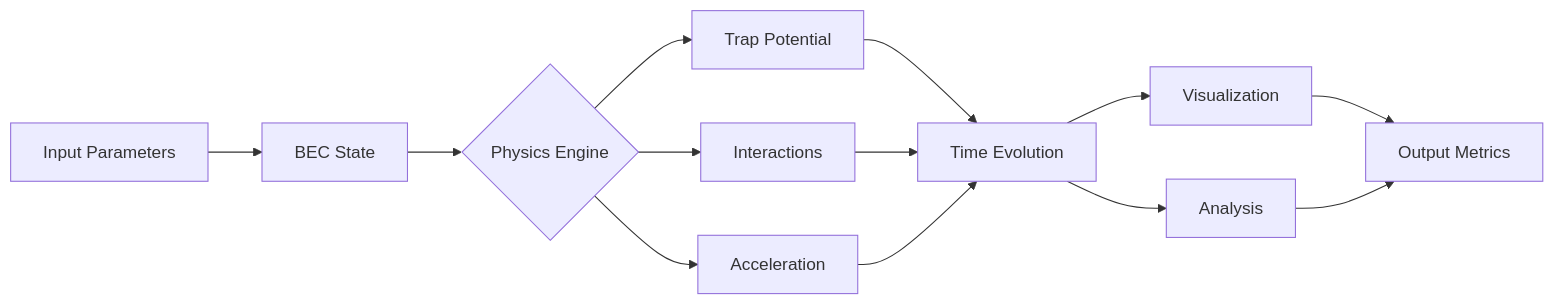
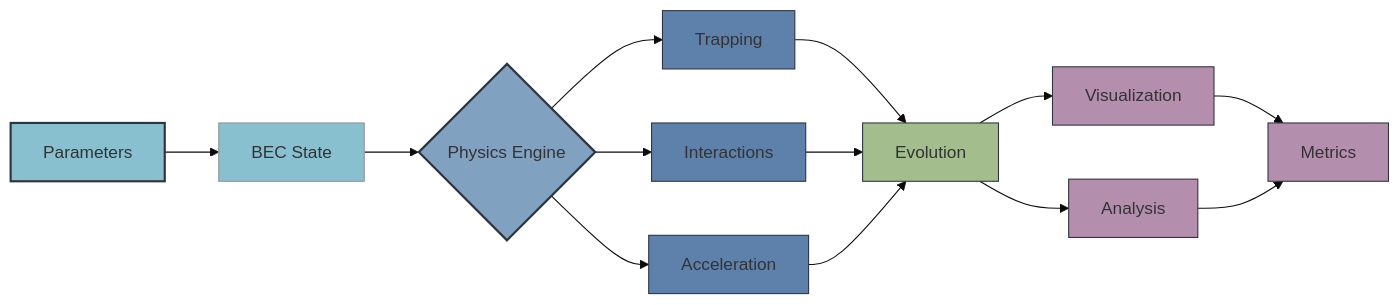
The second of 3 diagrams in README.md (lundeen06/inertial-bec), drawn with Mermaid before and after one commit. The commit also changed other lines of this file and 35 other files, not shown here.

````diff
--- a/README.md
+++ b/README.md
@@ -39,12 +95,19 @@
 ```mermaid
+%%{init: {'theme': 'base', 'themeVariables': { 'primaryColor': '#88C0D0', 'secondaryColor': '#81A1C1', 'tertiaryColor': '#A3BE8C'}}}%%
 flowchart LR
-    A[Input Parameters] --> B[BEC State]
-    B --> C{Physics Engine}
-    C --> D[Trap Potential]
-    C --> E[Interactions]
-    C --> F[Acceleration]
-    D & E & F --> G[Time Evolution]
-    G --> H[Visualization]
-    G --> I[Analysis]
-    H & I --> J[Output Metrics]
+    A[Parameters]:::input --> B[BEC State]
+    B --> C{Physics Engine}:::engine
+    C --> D[Trapping]:::physics
+    C --> E[Interactions]:::physics
+    C --> F[Acceleration]:::physics
+    D & E & F --> G[Evolution]:::compute
+    G --> H[Visualization]:::output
+    G --> I[Analysis]:::output
+    H & I --> J[Metrics]:::output
+
+    classDef input fill:#88C0D0,stroke:#2E3440,stroke-width:2px
+    classDef engine fill:#81A1C1,stroke:#2E3440,stroke-width:2px
+    classDef physics fill:#5E81AC,stroke:#2E3440
+    classDef compute fill:#A3BE8C,stroke:#2E3440
+    classDef output fill:#B48EAD,stroke:#2E3440
 ```
````
